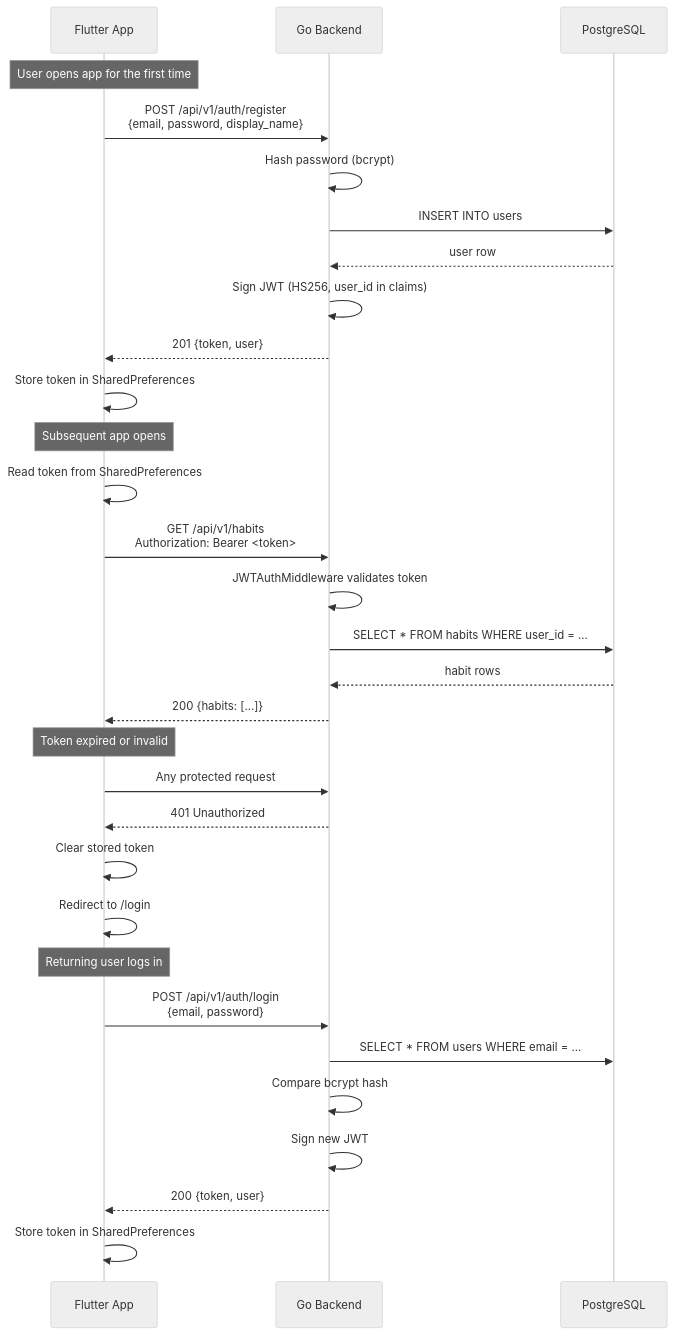
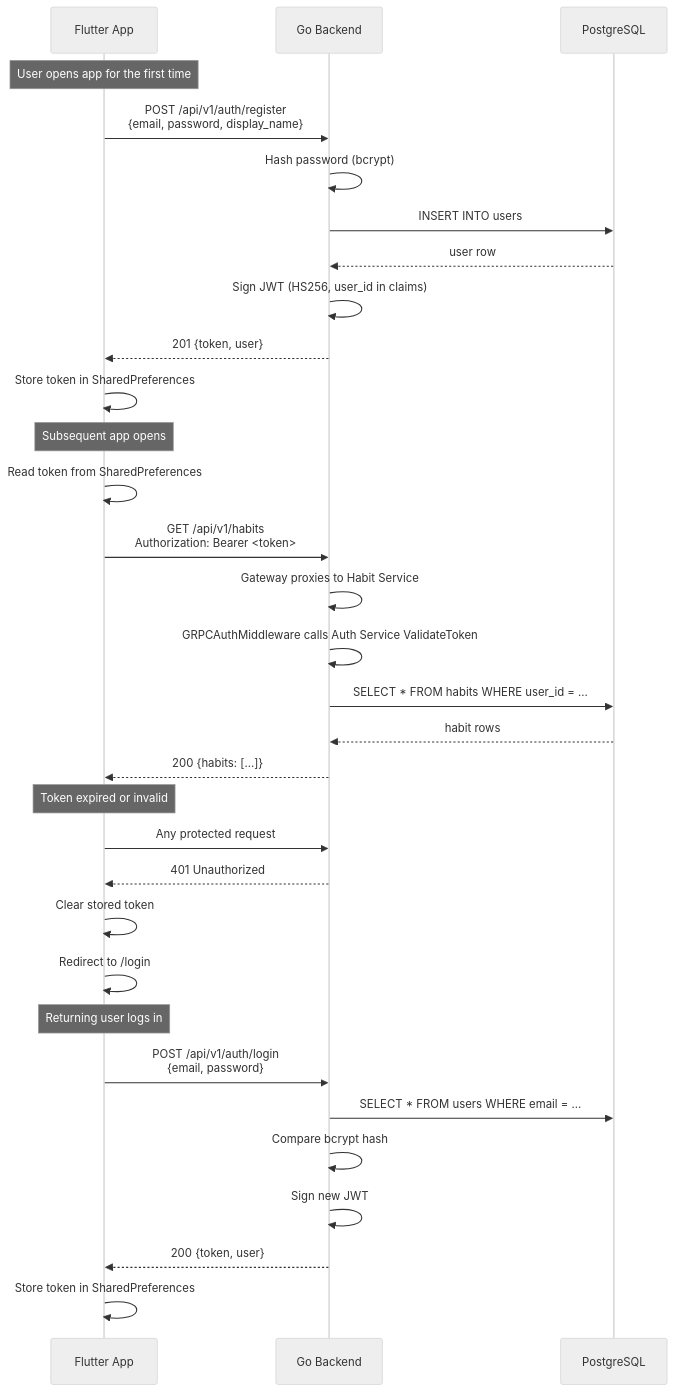
One commit to retake-routines/redemption-arc changed the fourth of 5 diagrams in docs/architecture.md. Above: the diagram before and after it, drawn with Mermaid (neutral theme). The commit also changed other lines of this file and 2 other files, not shown here.

Commit message:
feat(documentation): adjust documents after architecture changes

````diff
--- a/docs/architecture.md
+++ b/docs/architecture.md
@@ -164,37 +193,38 @@
 ```mermaid
 sequenceDiagram
     participant App as Flutter App
     participant API as Go Backend
     participant DB as PostgreSQL
 
     Note over App: User opens app for the first time
     App->>API: POST /api/v1/auth/register<br/>{email, password, display_name}
     API->>API: Hash password (bcrypt)
     API->>DB: INSERT INTO users
     DB-->>API: user row
     API->>API: Sign JWT (HS256, user_id in claims)
     API-->>App: 201 {token, user}
     App->>App: Store token in SharedPreferences
 
     Note over App: Subsequent app opens
     App->>App: Read token from SharedPreferences
     App->>API: GET /api/v1/habits<br/>Authorization: Bearer <token>
-    API->>API: JWTAuthMiddleware validates token
+    API->>API: Gateway proxies to Habit Service
+    API->>API: GRPCAuthMiddleware calls Auth Service ValidateToken
     API->>DB: SELECT * FROM habits WHERE user_id = ...
     DB-->>API: habit rows
     API-->>App: 200 {habits: [...]}
 
     Note over App: Token expired or invalid
     App->>API: Any protected request
     API-->>App: 401 Unauthorized
     App->>App: Clear stored token
     App->>App: Redirect to /login
 
     Note over App: Returning user logs in
     App->>API: POST /api/v1/auth/login<br/>{email, password}
     API->>DB: SELECT * FROM users WHERE email = ...
     API->>API: Compare bcrypt hash
     API->>API: Sign new JWT
     API-->>App: 200 {token, user}
     App->>App: Store token in SharedPreferences
 ```
````
